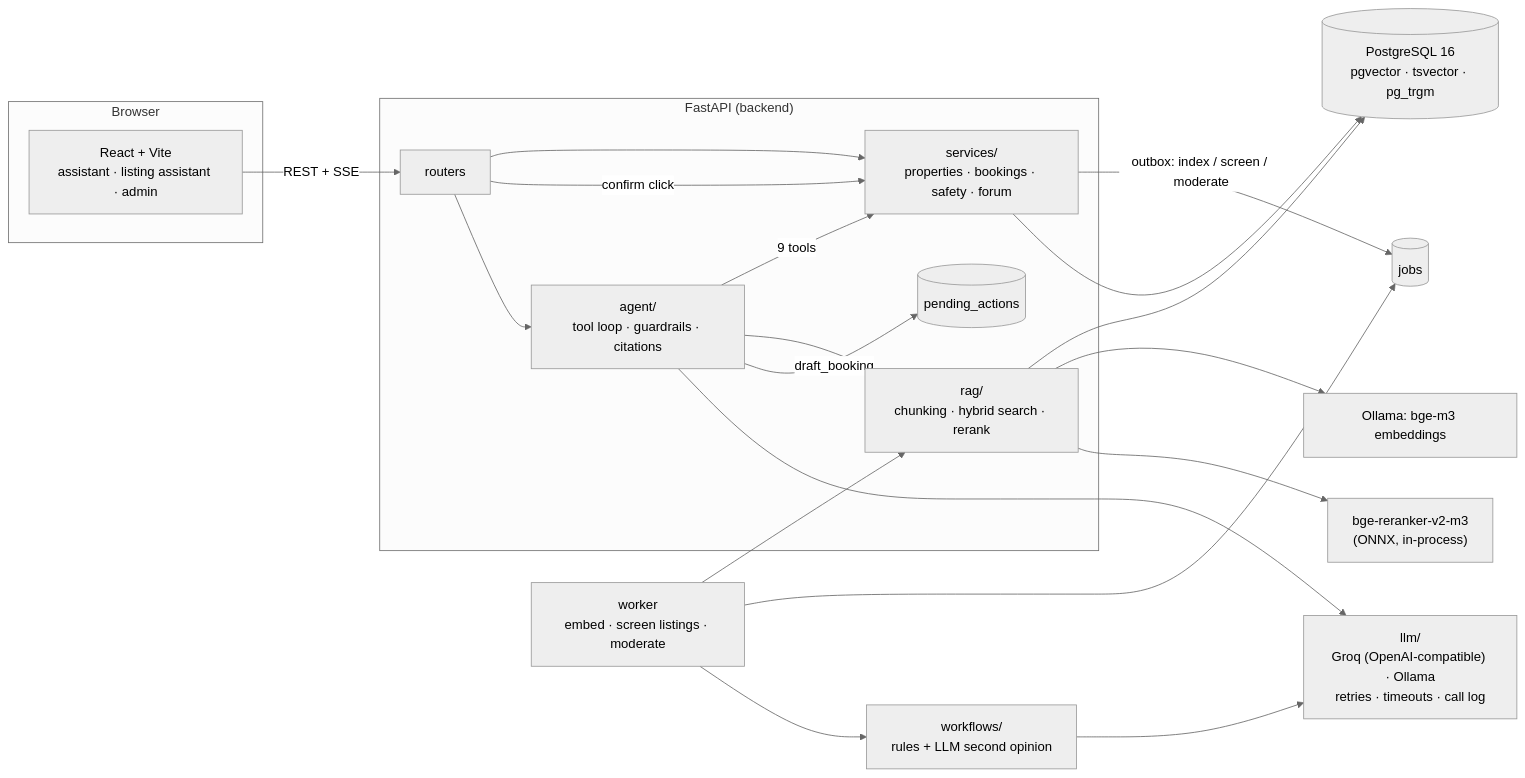
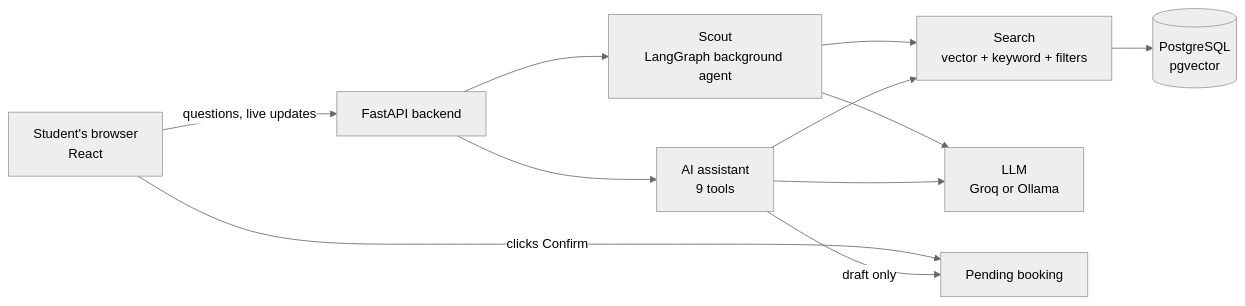
The first of 2 diagrams in README.md (MadLad10/bari), drawn with Mermaid (neutral theme) before and after one commit. The commit also changed other lines of this file, not shown here.

````diff
--- a/README.md
+++ b/README.md
@@ -38,24 +88,13 @@
 ```mermaid
 flowchart LR
-  subgraph Browser
-    UI["React + Vite<br/>assistant · listing assistant · admin"]
-  end
-  subgraph API["FastAPI (backend)"]
-    R[routers] --> S["services/<br/>properties · bookings · safety · forum"]
-    AG["agent/<br/>tool loop · guardrails · citations"] -->|9 tools| S
-    AG --> RAG["rag/<br/>chunking · hybrid search · rerank"]
-    AG -->|draft_booking| PA[(pending_actions)]
-    R -->|confirm click| S
-  end
-  UI -- REST + SSE --> R
-  R --> AG
-  S -- "outbox: index / screen / moderate" --> Q[(jobs)]
-  W["worker<br/>embed · screen listings · moderate"] --> Q
-  W --> RAG
-  W --> WF["workflows/<br/>rules + LLM second opinion"]
-  RAG --> PG[("PostgreSQL 16<br/>pgvector · tsvector · pg_trgm")]
-  S --> PG
-  AG & WF --> LLM["llm/<br/>Groq (OpenAI-compatible) · Ollama<br/>retries · timeouts · call log"]
-  RAG --> OL["Ollama: bge-m3 embeddings"]
-  RAG --> CE["bge-reranker-v2-m3<br/>(ONNX, in-process)"]
+  U[Student's browser<br/>React] -->|questions, live updates| API[FastAPI backend]
+  API --> AG[AI assistant<br/>9 tools]
+  API --> SC[Scout<br/>LangGraph background agent]
+  AG --> S[Search<br/>vector + keyword + filters]
+  SC --> S
+  S --> DB[(PostgreSQL<br/>pgvector)]
+  AG --> LLM[LLM<br/>Groq or Ollama]
+  SC --> LLM
+  AG -->|draft only| P[Pending booking]
+  U -->|clicks Confirm| P
 ```
````
